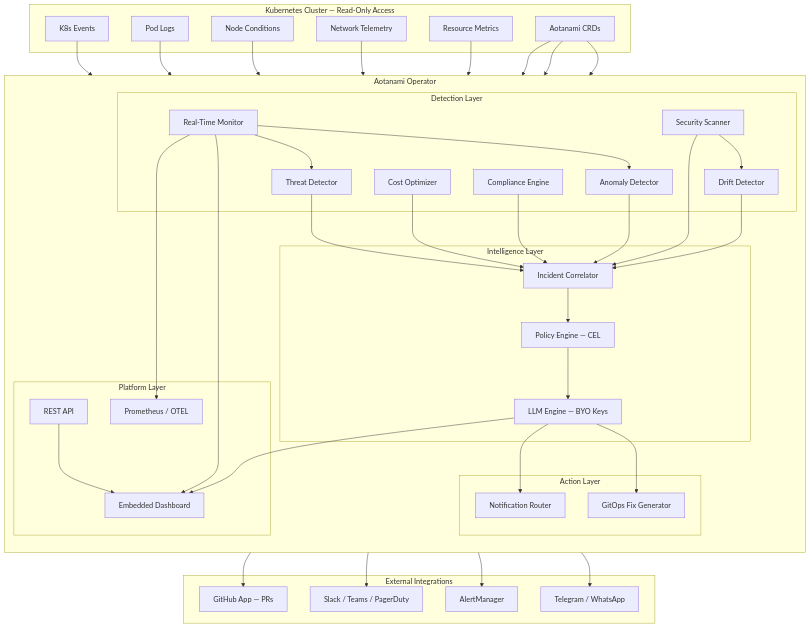
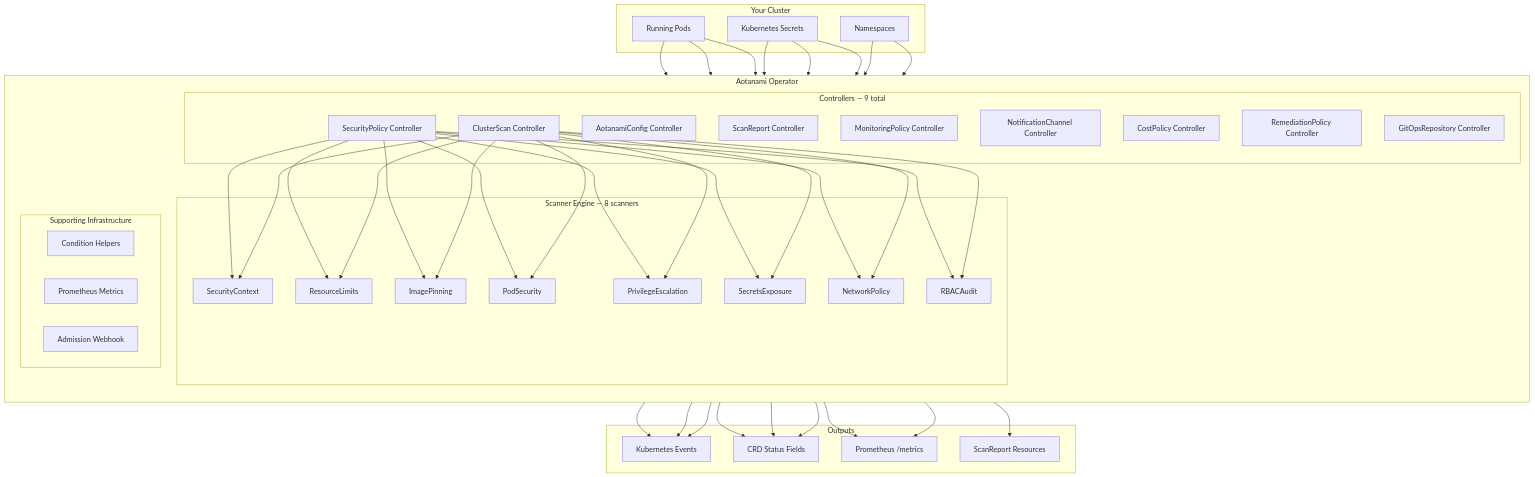
Before and after one commit to zelyo-ai/zelyo-operator: the first of 2 diagrams in docs/architecture.md, drawn with Mermaid. The commit also changed other lines of this file and 76 other files, not shown here.

First line of the commit message:
feat: Implement a security scanning framework with new scanner modules for pod security, secrets, and network policies, updating related APIs and controllers. (#6)

````diff
--- a/docs/architecture.md
+++ b/docs/architecture.md
@@ -9,61 +23,65 @@
 ```mermaid
 graph TB
-    subgraph "Kubernetes Cluster — Read-Only Access"
-        Events[K8s Events]
-        Logs[Pod Logs]
-        Nodes[Node Conditions]
-        Net[Network Telemetry]
-        Metrics[Resource Metrics]
-        CRDs[Aotanami CRDs]
+    subgraph "Your Cluster"
+        Pods[Running Pods]
+        Secrets[Kubernetes Secrets]
+        NS[Namespaces]
     end
 
     subgraph "Aotanami Operator"
         direction TB
 
-        subgraph "Detection Layer"
-            Monitor[Real-Time Monitor]
-            Scanner[Security Scanner]
-            ComplianceEng[Compliance Engine]
-            CostEng[Cost Optimizer]
-            AnomalyDet[Anomaly Detector]
-            ThreatDet[Threat Detector]
-            DriftDet[Drift Detector]
+        subgraph "Controllers — 9 total"
+            ConfigCtrl[AotanamiConfig Controller]
+            SecPolCtrl[SecurityPolicy Controller]
+            ScanCtrl[ClusterScan Controller]
+            ReportCtrl[ScanReport Controller]
+            MonCtrl[MonitoringPolicy Controller]
+            NotifCtrl[NotificationChannel Controller]
+            CostCtrl[CostPolicy Controller]
+            RemCtrl[RemediationPolicy Controller]
+            GitCtrl[GitOpsRepository Controller]
         end
 
-        subgraph "Intelligence Layer"
-            Correlator[Incident Correlator]
-            PolicyEng[Policy Engine — CEL]
-            LLMEng[LLM Engine — BYO Keys]
+        subgraph "Scanner Engine — 8 scanners"
+            SC[SecurityContext]
+            RL[ResourceLimits]
+            IP[ImagePinning]
+            PS[PodSecurity]
+            PE[PrivilegeEscalation]
+            SE[SecretsExposure]
+            NP[NetworkPolicy]
+            RA[RBACAudit]
         end
 
-        subgraph "Action Layer"
-            Remediation[GitOps Fix Generator]
-            Notifier[Notification Router]
-        end
-
-        subgraph "Platform Layer"
-            Dashboard[Embedded Dashboard]
-            API[REST API]
-            MetricsExp[Prometheus / OTEL]
+        subgraph "Supporting Infrastructure"
+            Cond[Condition Helpers]
+            Metrics[Prometheus Metrics]
+            Webhook[Admission Webhook]
         end
     end
 
-    subgraph "External Integrations"
-        GitHub[GitHub App — PRs]
-        Slack[Slack / Teams / PagerDuty]
-        AlertMgr[AlertManager]
-        Telegram[Telegram / WhatsApp]
+    subgraph "Outputs"
+        Events[Kubernetes Events]
+        Status[CRD Status Fields]
+        Prom[Prometheus /metrics]
+        Reports[ScanReport Resources]
     end
 
-    Events & Logs & Nodes & Net & Metrics --> Monitor
-    CRDs --> Scanner & ComplianceEng & CostEng
-    Monitor --> AnomalyDet & ThreatDet
-    Scanner --> DriftDet
-    AnomalyDet & Scanner & CostEng & ThreatDet & ComplianceEng & DriftDet --> Correlator
-    Correlator --> PolicyEng --> LLMEng
-    LLMEng --> Remediation --> GitHub
-    LLMEng --> Notifier --> Slack & AlertMgr & Telegram
-    Monitor & LLMEng --> Dashboard
-    API --> Dashboard
-    Monitor --> MetricsExp
+    Pods --> SecPolCtrl
+    Pods --> ScanCtrl
+    Pods --> CostCtrl
+    Secrets --> ConfigCtrl
+    Secrets --> NotifCtrl
+    Secrets --> GitCtrl
+    NS --> SecPolCtrl
+    NS --> ScanCtrl
+
+    SecPolCtrl --> SC & RL & IP & PS & PE & SE & NP & RA
+    ScanCtrl --> SC & RL & IP & PS & PE & SE & NP & RA
+    ScanCtrl --> Reports
+
+    SecPolCtrl --> Events & Status & Prom
+    ScanCtrl --> Events & Status & Prom
+    ConfigCtrl --> Events & Status
 ```
````
